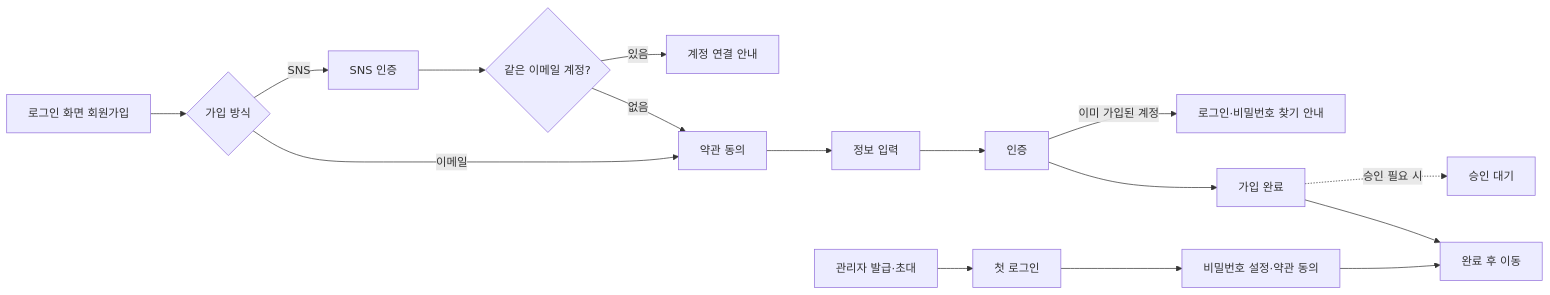
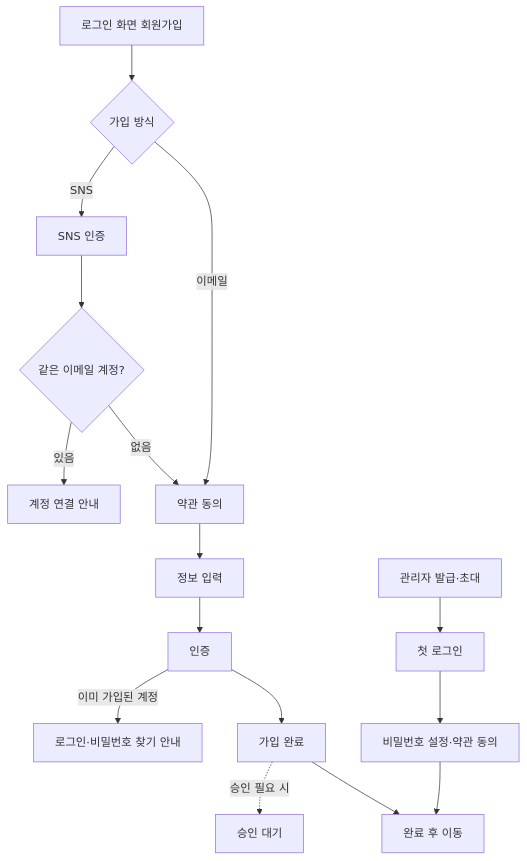
The diagram in content/policies/signup.md (righthoya/myuxopia), drawn with Mermaid before and after one commit. The commit also changed 11 other files, not shown here.

````diff
--- a/content/policies/signup.md
+++ b/content/policies/signup.md
@@ -46,11 +46,11 @@
 ```mermaid
-flowchart LR
+flowchart TB
   A[로그인 화면 회원가입] --> B{가입 방식}
   B -->|이메일| C[약관 동의] --> D[정보 입력] --> E[인증] --> F[가입 완료] --> G[완료 후 이동]
   B -->|SNS| S[SNS 인증] --> S1{같은 이메일 계정?}
   S1 -->|없음| C
   S1 -->|있음| S2[계정 연결 안내]
   E -->|이미 가입된 계정| L[로그인·비밀번호 찾기 안내]
   F -.승인 필요 시.-> W[승인 대기]
   I[관리자 발급·초대] --> J[첫 로그인] --> K[비밀번호 설정·약관 동의] --> G
 ```
````
